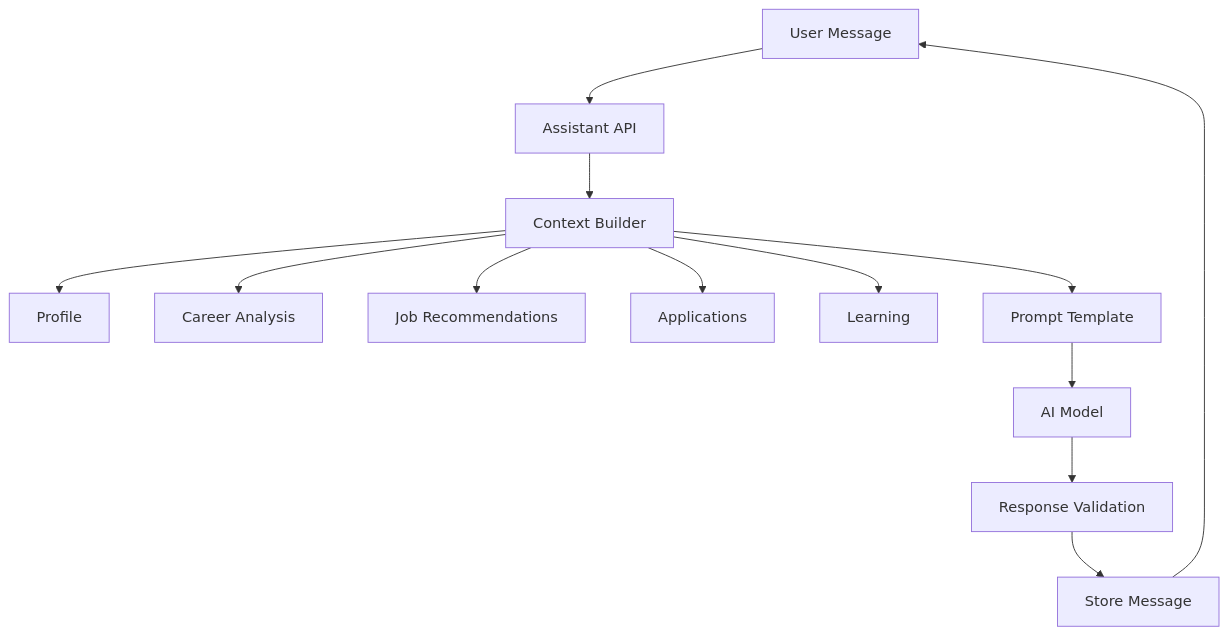
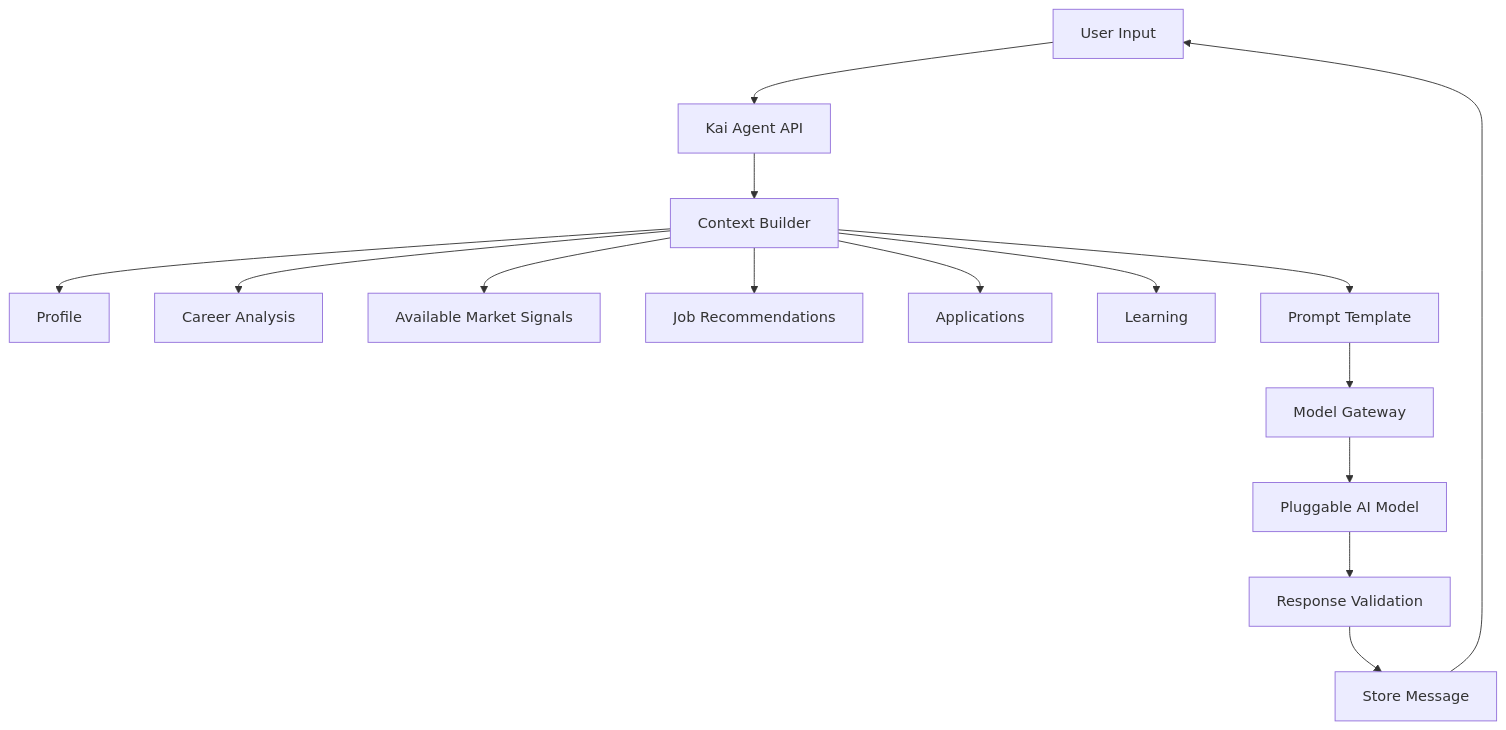
One commit to Mirzzie/Fadi changed the diagram in docs/MVP_AGENT_DESIGN.md. Above: the diagram before and after it, drawn with Mermaid. The commit also changed other lines of this file and 65 other files, not shown here.

First line of the commit message:
docs: update architecture docs for Better Auth, Kai, and data sources

````diff
--- a/docs/MVP_AGENT_DESIGN.md
+++ b/docs/MVP_AGENT_DESIGN.md
@@ -32,15 +40,17 @@
 ```mermaid
 flowchart TD
-    User[User Message] --> AssistantAPI[Assistant API]
+    User[User Input] --> AssistantAPI[Kai Agent API]
     AssistantAPI --> Context[Context Builder]
     Context --> Profile[Profile]
     Context --> Analysis[Career Analysis]
+    Context --> MarketData[Available Market Signals]
     Context --> Jobs[Job Recommendations]
     Context --> Apps[Applications]
     Context --> Learning[Learning]
     Context --> Prompt[Prompt Template]
-    Prompt --> Model[AI Model]
+    Prompt --> Gateway[Model Gateway]
+    Gateway --> Model[Pluggable AI Model]
     Model --> Validate[Response Validation]
     Validate --> Save[Store Message]
     Save --> User
 ```
````
